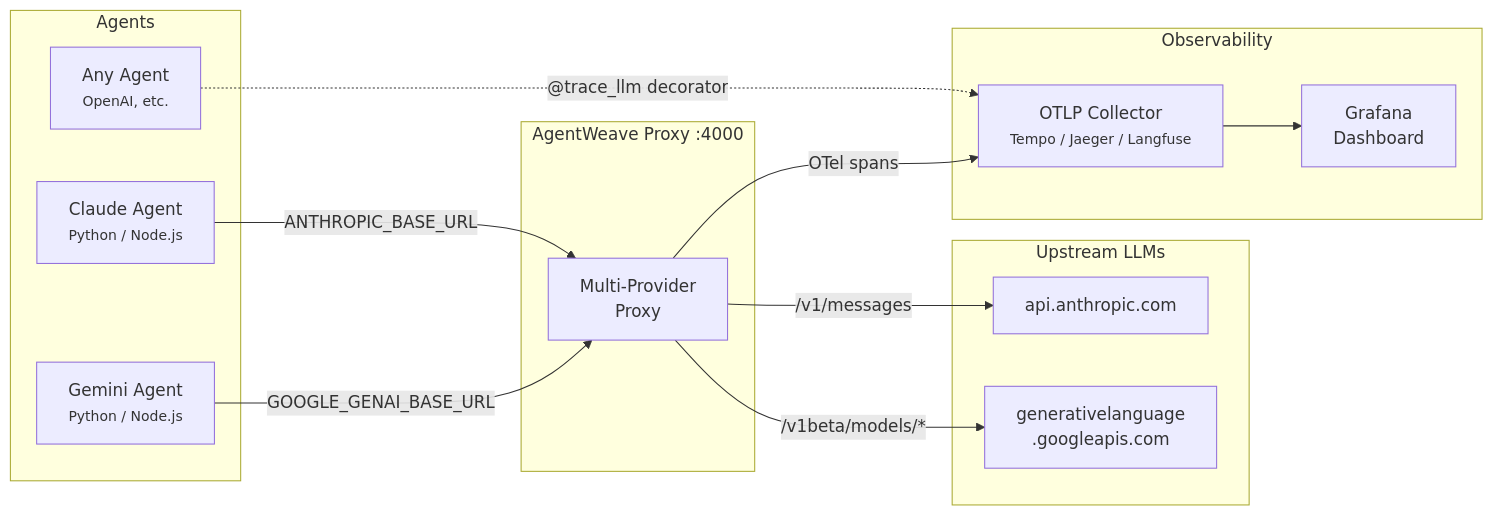
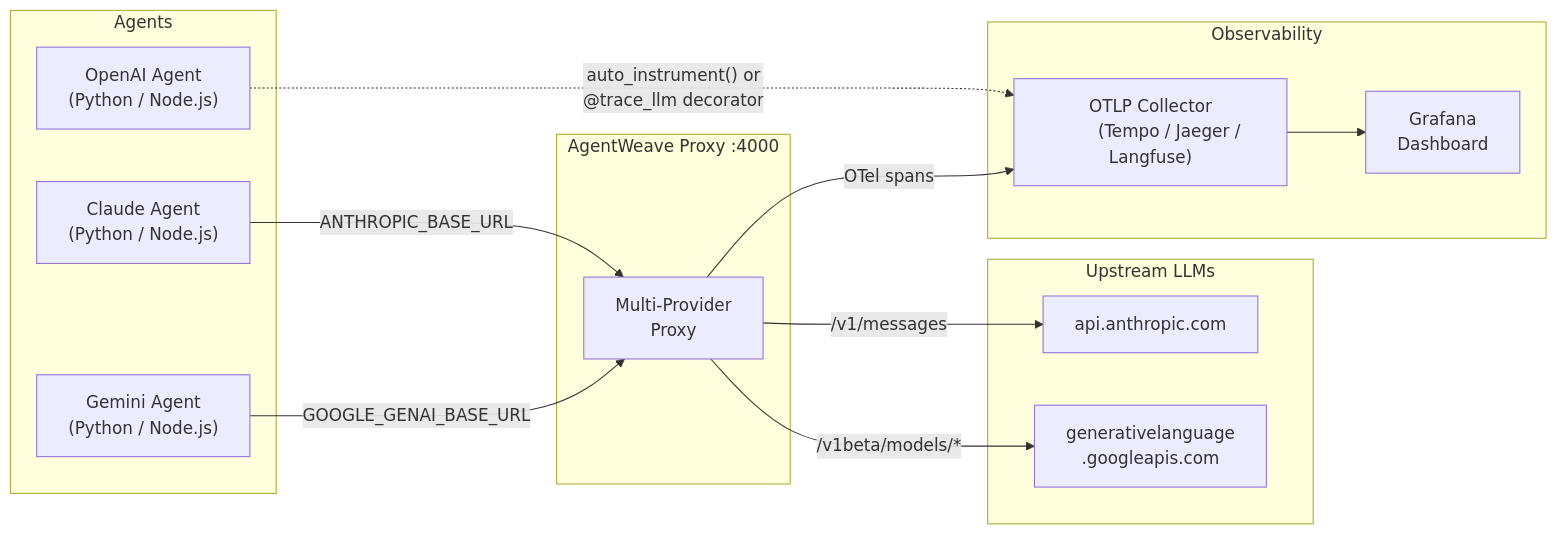
One commit to arniesaha/agentweave changed the diagram in README.md. Above: the diagram before and after it, drawn with Mermaid.

Commit message:
fix: mermaid diagram text truncation and update for auto-instrumentation
Replace <small> tags with parentheses to prevent text cutoff in GitHub's
mermaid renderer. Update the "Any Agent" path to show auto_instrument()
alongside @trace_llm as instrumentation options.

````diff
--- a/README.md
+++ b/README.md
@@ -21,31 +21,39 @@
 ```mermaid
 graph LR
     subgraph Agents
-        A1[Claude Agent<br><small>Python / Node.js</small>]
-        A2[Gemini Agent<br><small>Python / Node.js</small>]
-        A3[Any Agent<br><small>OpenAI, etc.</small>]
+        A1["Claude Agent
+        (Python / Node.js)"]
+        A2["Gemini Agent
+        (Python / Node.js)"]
+        A3["OpenAI Agent
+        (Python / Node.js)"]
     end
 
     subgraph AgentWeave Proxy :4000
-        P[Multi-Provider<br>Proxy]
+        P["Multi-Provider
+        Proxy"]
     end
 
     subgraph Upstream LLMs
         AN[api.anthropic.com]
-        GO[generativelanguage<br>.googleapis.com]
+        GO["generativelanguage
+        .googleapis.com"]
     end
 
     subgraph Observability
-        OT[OTLP Collector<br><small>Tempo / Jaeger / Langfuse</small>]
-        GR[Grafana<br>Dashboard]
+        OT["OTLP Collector
+        (Tempo / Jaeger / Langfuse)"]
+        GR["Grafana
+        Dashboard"]
     end
 
     A1 -- "ANTHROPIC_BASE_URL" --> P
     A2 -- "GOOGLE_GENAI_BASE_URL" --> P
-    A3 -. "@trace_llm decorator" .-> OT
+    A3 -. "auto_instrument() or
+    @trace_llm decorator" .-> OT
 
     P -- "/v1/messages" --> AN
     P -- "/v1beta/models/*" --> GO
     P -- "OTel spans" --> OT
     OT --> GR
 ```
````
